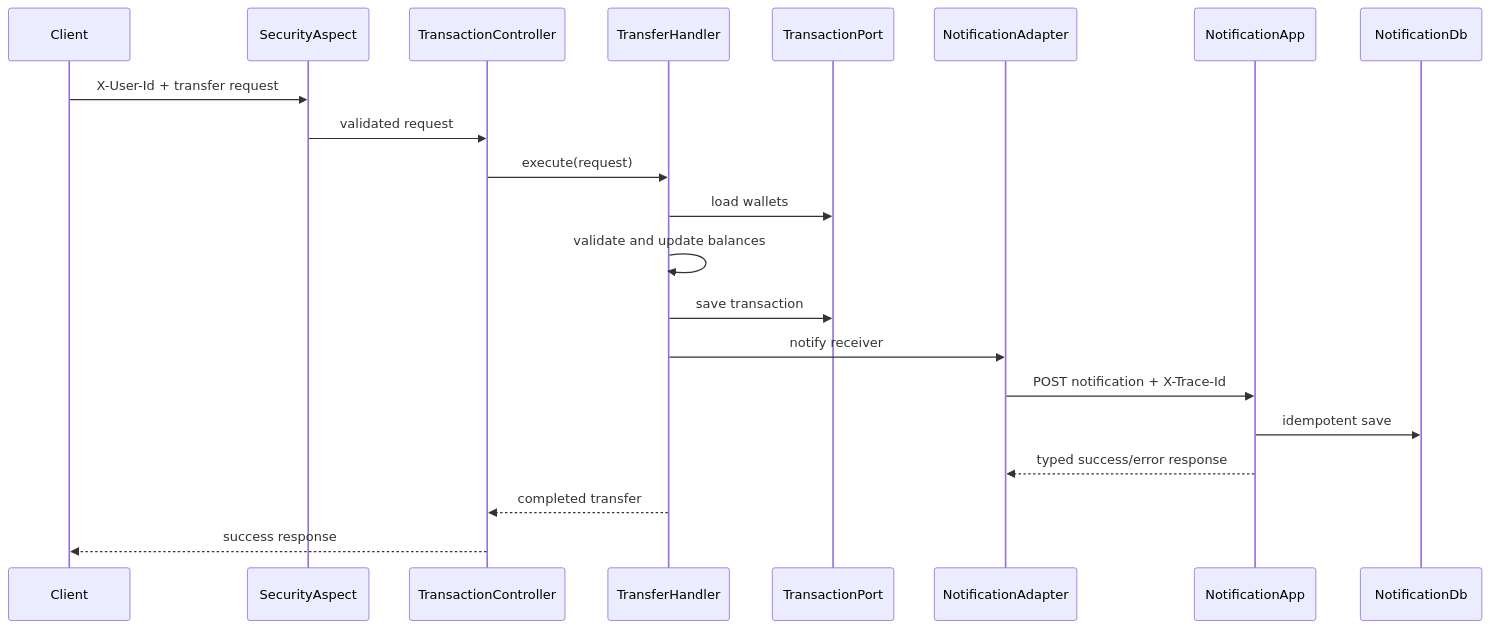
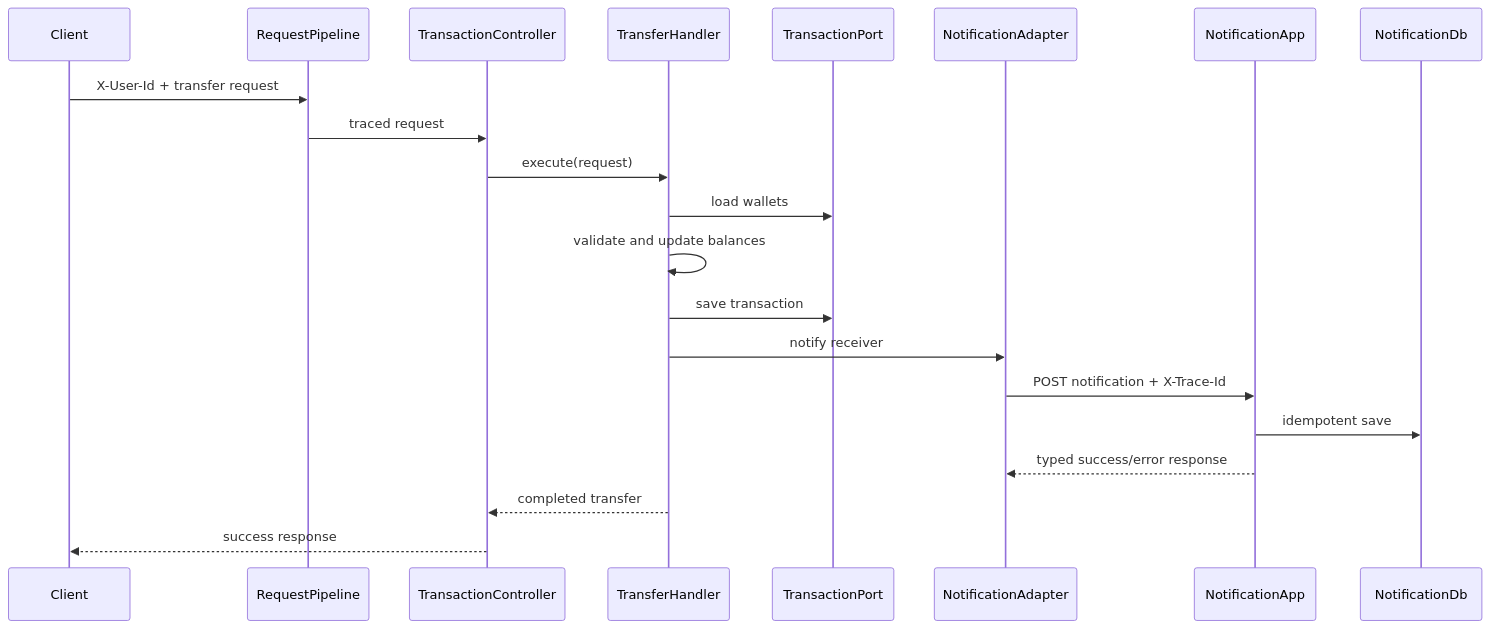
Before and after one commit to Melihntr/UntitledProject: the fourth of 4 diagrams in README.md, drawn with Mermaid. The commit also changed other lines of this file and 176 other files, not shown here.

Commit message:
Refine enterprise architecture and security flow

````diff
--- a/README.md
+++ b/README.md
@@ -269,24 +272,24 @@
 ```mermaid
 sequenceDiagram
     participant Client
-    participant SecurityAspect
+    participant RequestPipeline
     participant TransactionController
     participant TransferHandler
     participant TransactionPort
     participant NotificationAdapter
     participant NotificationApp
     participant NotificationDb
 
-    Client->>SecurityAspect: X-User-Id + transfer request
-    SecurityAspect->>TransactionController: validated request
+    Client->>RequestPipeline: X-User-Id + transfer request
+    RequestPipeline->>TransactionController: traced request
     TransactionController->>TransferHandler: execute(request)
     TransferHandler->>TransactionPort: load wallets
     TransferHandler->>TransferHandler: validate and update balances
     TransferHandler->>TransactionPort: save transaction
     TransferHandler->>NotificationAdapter: notify receiver
     NotificationAdapter->>NotificationApp: POST notification + X-Trace-Id
     NotificationApp->>NotificationDb: idempotent save
     NotificationApp-->>NotificationAdapter: typed success/error response
     TransferHandler-->>TransactionController: completed transfer
     TransactionController-->>Client: success response
 ```
````
